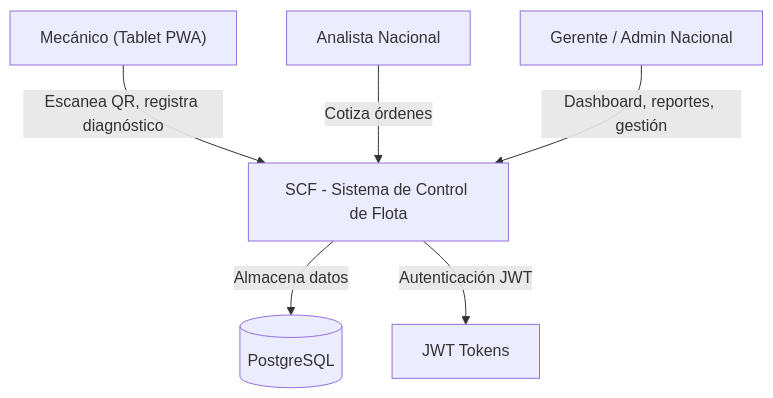
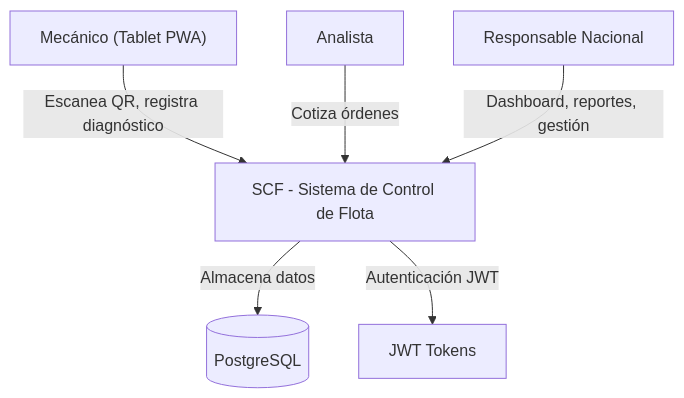
The first of 2 diagrams in docs/architecture.md (danielcaraballo/sistema-control-flota), drawn with Mermaid before and after one commit. The commit also changed other lines of this file and 3 other files, not shown here.

````diff
--- a/docs/architecture.md
+++ b/docs/architecture.md
@@ -5,8 +5,8 @@
 ```mermaid
 graph TD
     Mecanico["Mecánico (Tablet PWA)"] -->|Escanea QR, registra diagnóstico| SCF["SCF - Sistema de Control de Flota"]
-    Analista["Analista Nacional"] -->|Cotiza órdenes| SCF
-    Gerente["Gerente / Admin Nacional"] -->|Dashboard, reportes, gestión| SCF
+    Analista["Analista"] -->|Cotiza órdenes| SCF
+    Nacional["Responsable Nacional"] -->|Dashboard, reportes, gestión| SCF
     SCF -->|Almacena datos| DB[("PostgreSQL")]
     SCF -->|Autenticación JWT| Auth[JWT Tokens]
 ```
````
